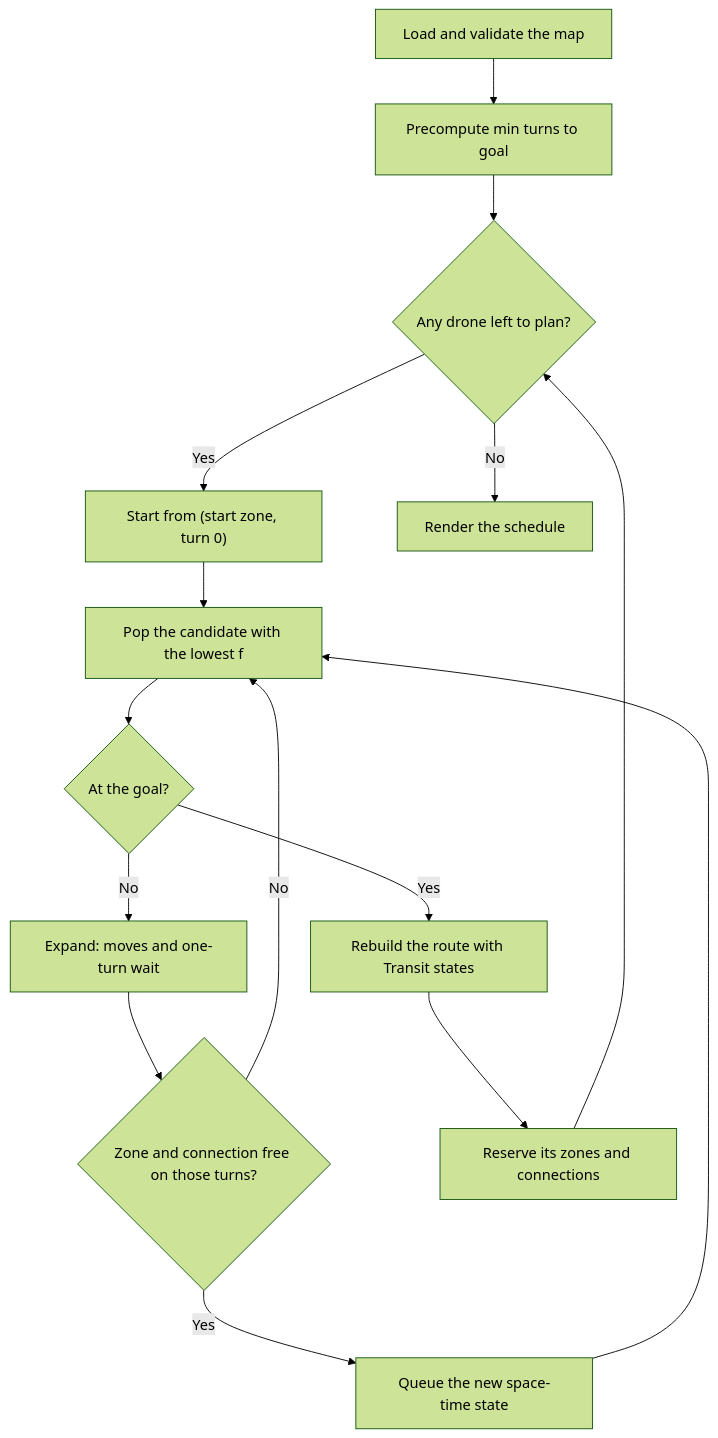
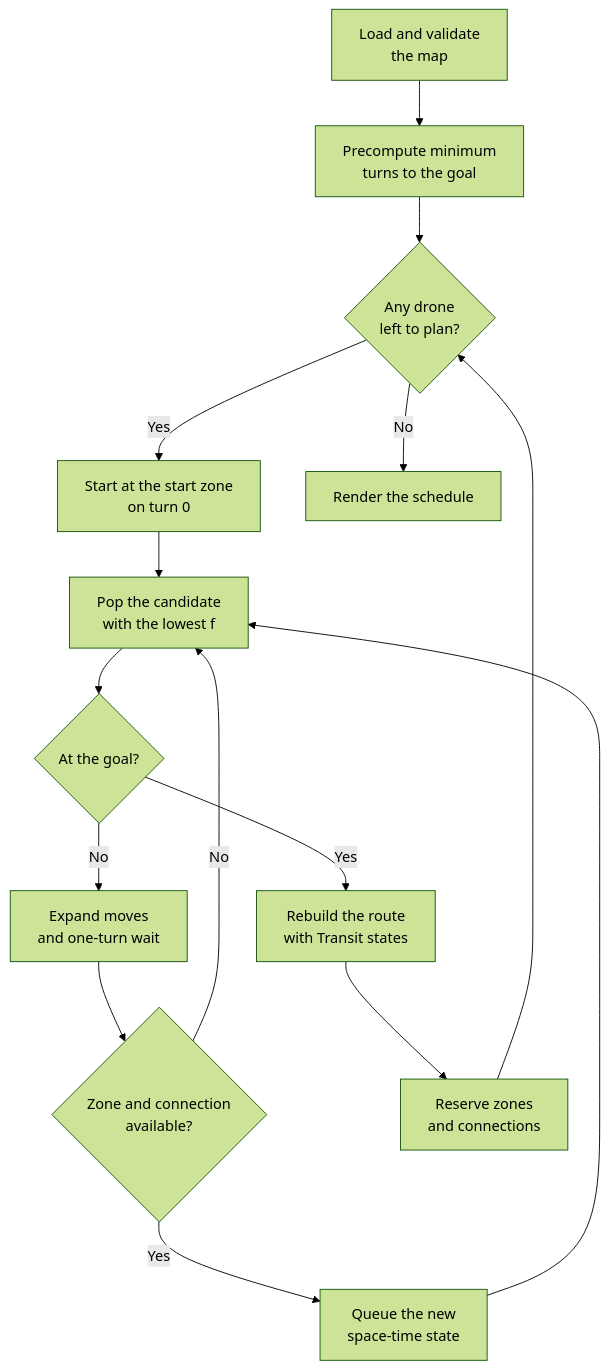
One commit to tsito2602/42cursus-fly_in changed the first of 2 diagrams in README.md. Above: the diagram before and after it, drawn with Mermaid (forest theme). The commit also changed other lines of this file, not shown here.

Commit message:
フローチャートを修正

```diff
--- a/README.md
+++ b/README.md
@@ -210,17 +210,17 @@
 ~~~mermaid
 flowchart TD
-    A[Load and validate the map] --> B[Precompute min turns to goal]
-    B --> C{Any drone left to plan?}
-    C -- Yes --> D["Start from (start zone, turn 0)"]
-    D --> E["Pop the candidate with the lowest f"]
+    A["Load and validate<br/>the map"] --> B["Precompute minimum<br/>turns to the goal"]
+    B --> C{"Any drone<br/>left to plan?"}
+    C -- Yes --> D["Start at the start zone<br/>on turn 0"]
+    D --> E["Pop the candidate<br/>with the lowest f"]
     E --> F{At the goal?}
-    F -- No --> G["Expand: moves and one-turn wait"]
-    G --> H{Zone and connection free on those turns?}
+    F -- No --> G["Expand moves<br/>and one-turn wait"]
+    G --> H{"Zone and connection<br/>available?"}
     H -- No --> E
-    H -- Yes --> I[Queue the new space-time state]
+    H -- Yes --> I["Queue the new<br/>space-time state"]
     I --> E
-    F -- Yes --> J[Rebuild the route with Transit states]
-    J --> K[Reserve its zones and connections]
+    F -- Yes --> J["Rebuild the route<br/>with Transit states"]
+    J --> K["Reserve zones<br/>and connections"]
     K --> C
     C -- No --> L[Render the schedule]
 ~~~
```
